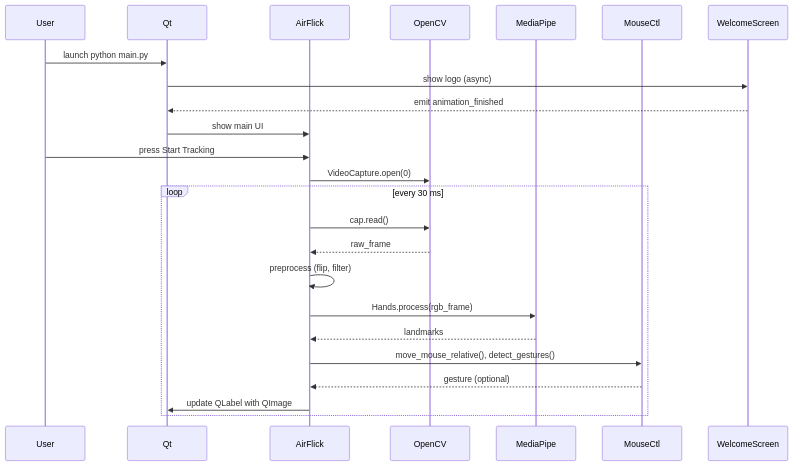
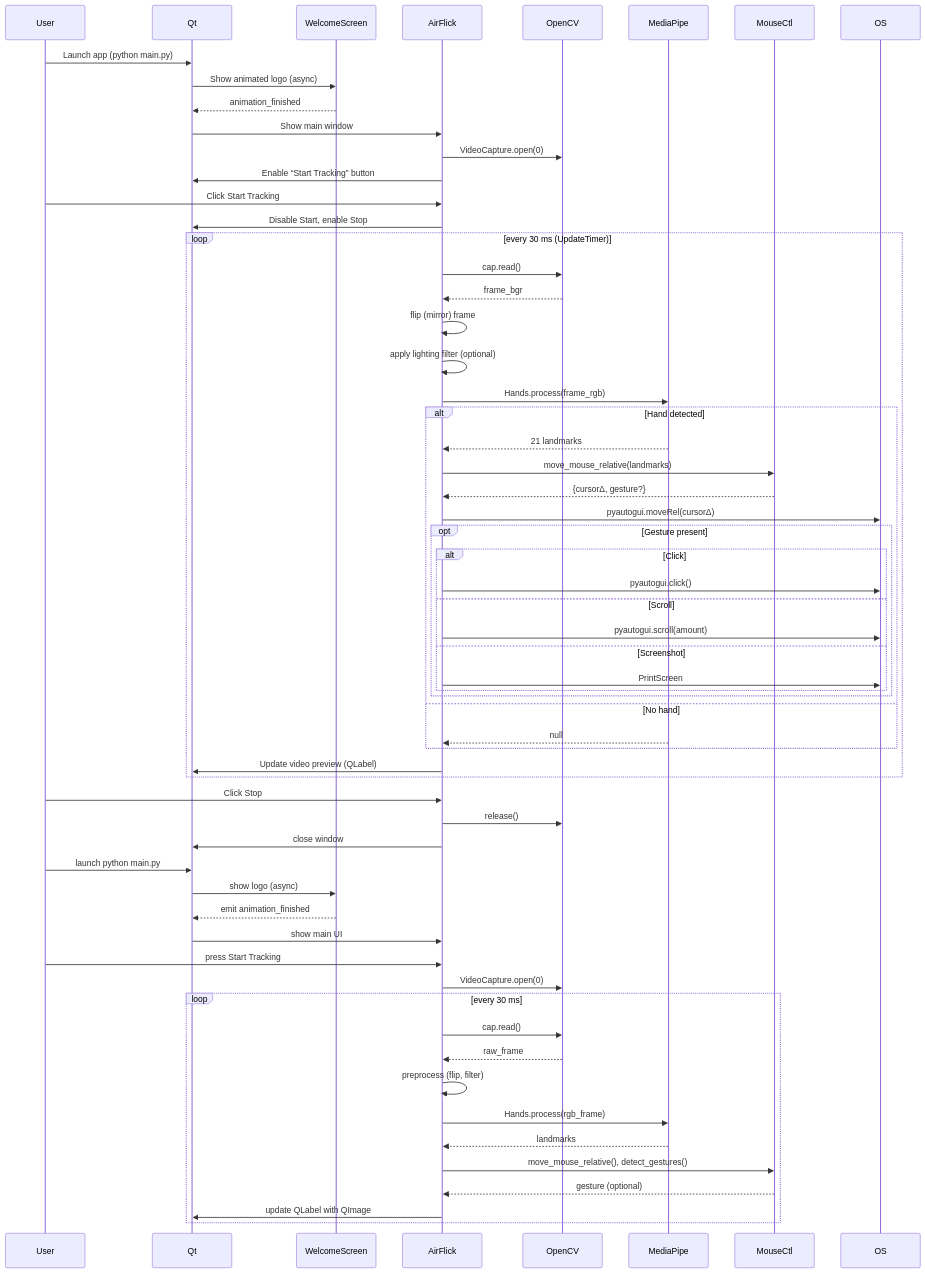
One commit to VPS010/Airflick changed the diagram in readme2.md. Above: the diagram before and after it, drawn with Mermaid.

````diff
--- a/readme2.md
+++ b/readme2.md
@@ -220,26 +220,74 @@
 ```mermaid
 sequenceDiagram
+    participant User
+    participant Qt
+    participant WelcomeScreen
+    participant AirFlick
+    participant OpenCV
+    participant MediaPipe
+    participant MouseCtl
+    participant OS
+
+    User->>Qt: Launch app (python main.py)
+    Qt->>WelcomeScreen: Show animated logo (async)
+    WelcomeScreen-->>Qt: animation_finished
+    Qt->>AirFlick: Show main window
+    AirFlick->>OpenCV: VideoCapture.open(0)
+    AirFlick->>Qt: Enable “Start Tracking” button
+
+    User->>AirFlick: Click Start Tracking
+    AirFlick->>Qt: Disable Start, enable Stop
+
+    loop every 30 ms (UpdateTimer)
+        AirFlick->>OpenCV: cap.read()
+        OpenCV-->>AirFlick: frame_bgr
+        AirFlick->>AirFlick: flip (mirror) frame
+        AirFlick->>AirFlick: apply lighting filter (optional)
+        AirFlick->>MediaPipe: Hands.process(frame_rgb)
+        alt Hand detected
+            MediaPipe-->>AirFlick: 21 landmarks
+            AirFlick->>MouseCtl: move_mouse_relative(landmarks)
+            MouseCtl-->>AirFlick: {cursorΔ, gesture?}
+            AirFlick->>OS: pyautogui.moveRel(cursorΔ)
+            opt Gesture present
+                alt Click
+                    AirFlick->>OS: pyautogui.click()
+                else Scroll
+                    AirFlick->>OS: pyautogui.scroll(amount)
+                else Screenshot
+                    AirFlick->>OS: PrintScreen
+                end
+            end
+        else No hand
+            MediaPipe-->>AirFlick: null
+        end
+        AirFlick->>Qt: Update video preview (QLabel)
+    end
+
+    User->>AirFlick: Click Stop
+    AirFlick->>OpenCV: release()
+    AirFlick->>Qt: close window
     participant User
     participant Qt
     participant AirFlick
     participant OpenCV
     participant MediaPipe
     participant MouseCtl
 
     User->>Qt: launch python main.py
     Qt->>WelcomeScreen: show logo (async)
     WelcomeScreen-->>Qt: emit animation_finished
     Qt->>AirFlick: show main UI
     User->>AirFlick: press Start Tracking
     AirFlick->>OpenCV: VideoCapture.open(0)
     loop every 30 ms
         AirFlick->>OpenCV: cap.read()
         OpenCV-->>AirFlick: raw_frame
         AirFlick->>AirFlick: preprocess (flip, filter)
         AirFlick->>MediaPipe: Hands.process(rgb_frame)
         MediaPipe-->>AirFlick: landmarks
         AirFlick->>MouseCtl: move_mouse_relative(), detect_gestures()
         MouseCtl-->>AirFlick: gesture (optional)
         AirFlick->>Qt: update QLabel with QImage
     end
 ```
````
